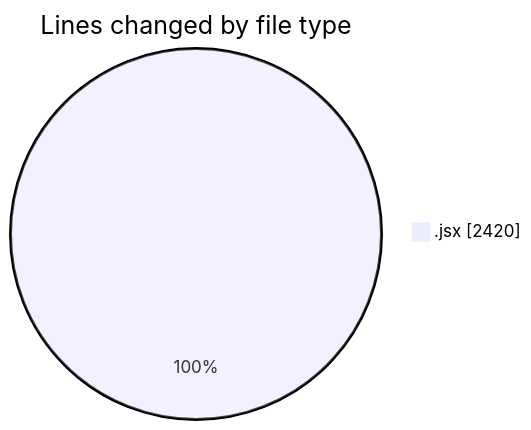
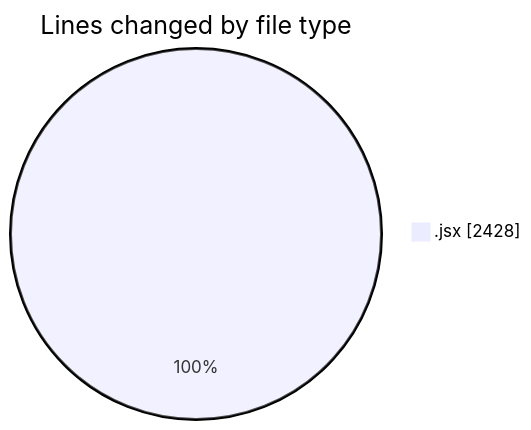
One commit to nxtqubesakshisongat/code-tracking changed the first of 2 diagrams in 2025-05-13/argos-dev/README.md. Above: the diagram before and after it, drawn with Mermaid. The commit also changed other lines of this file and 1 other file, not shown here.

````diff
--- a/2025-05-13/argos-dev/README.md
+++ b/2025-05-13/argos-dev/README.md
@@ -23,5 +23,5 @@
 ```mermaid
 pie showData
 title Lines changed by file type
-".jsx" : 2420
+".jsx" : 2428
 ```
````
